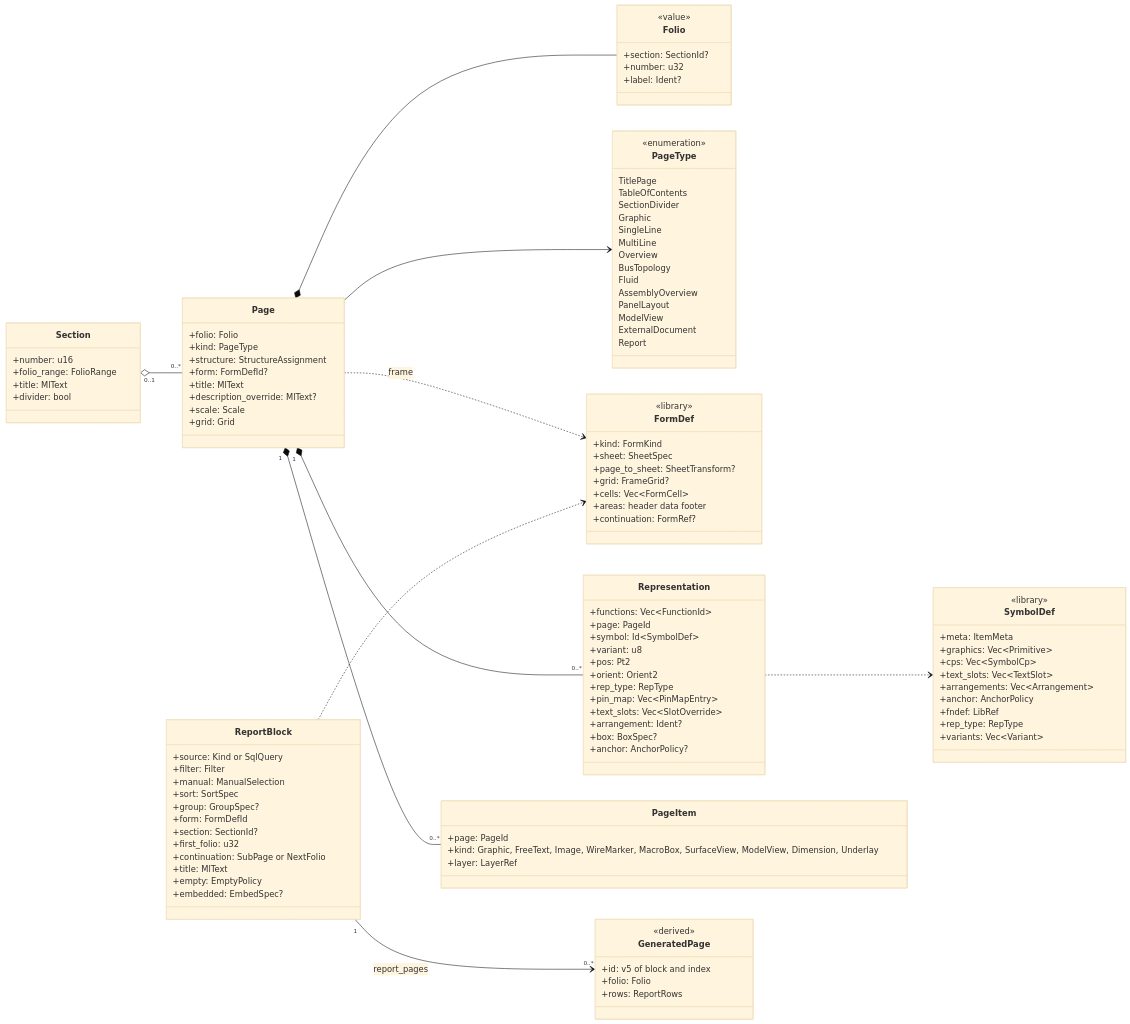
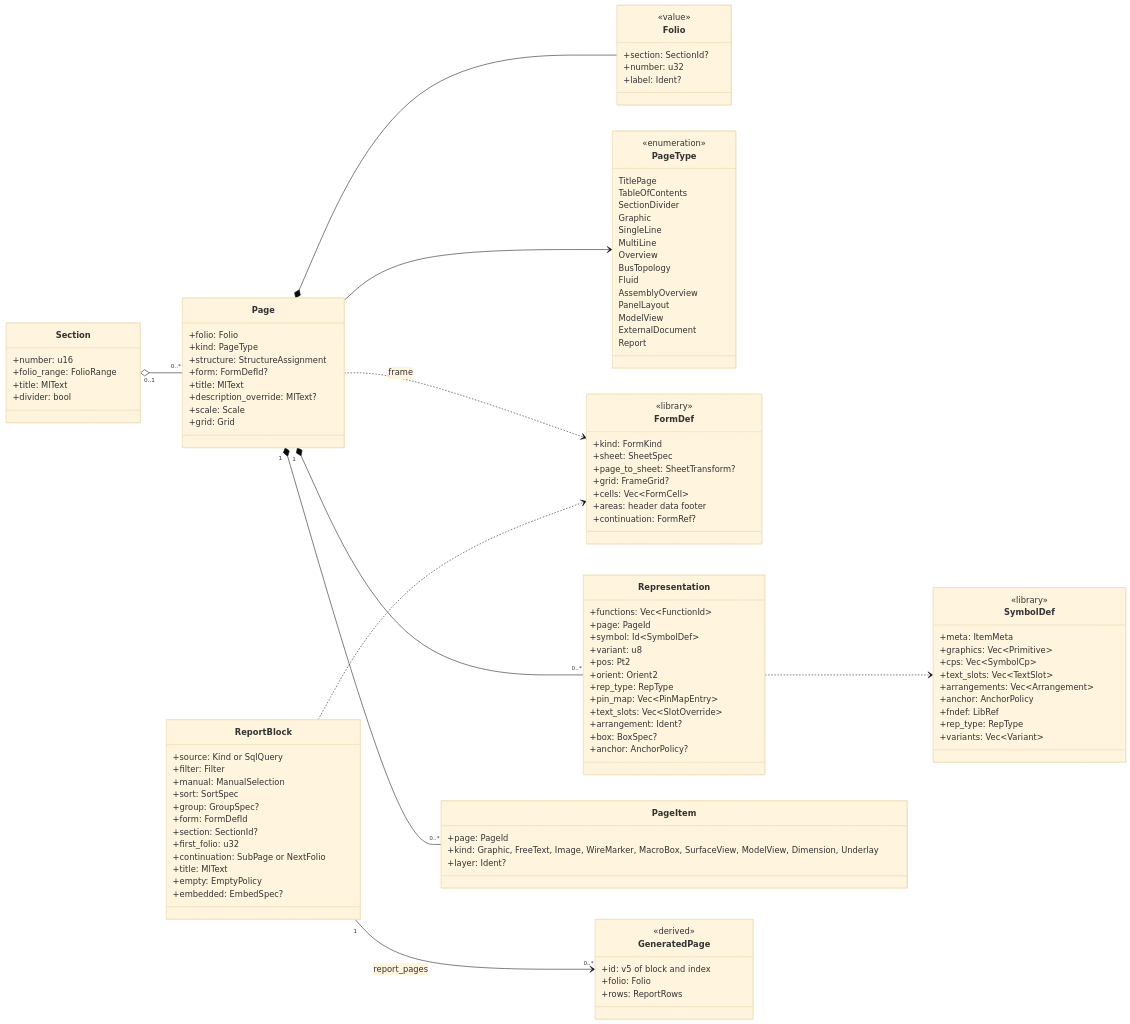
The fourth of 20 diagrams in docs/design/03-domain-model.md (Ironkode787/ElektraWatt), drawn with Mermaid (base theme) before and after one commit. The commit also changed other lines of this file and 18 other files, not shown here.

```diff
--- a/docs/design/03-domain-model.md
+++ b/docs/design/03-domain-model.md
@@ -748,7 +779,7 @@
   class PageItem {
     +page: PageId
     +kind: Graphic, FreeText, Image, WireMarker, MacroBox, SurfaceView, ModelView, Dimension, Underlay
-    +layer: LayerRef
+    +layer: Ident?
   }
   class ReportBlock {
     +source: Kind or SqlQuery
```
